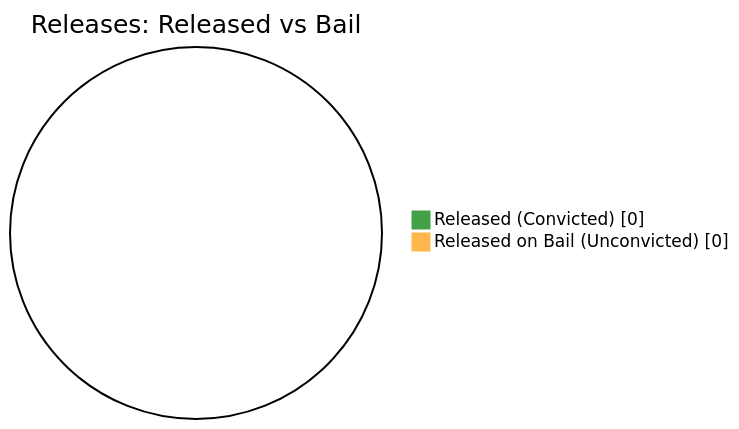
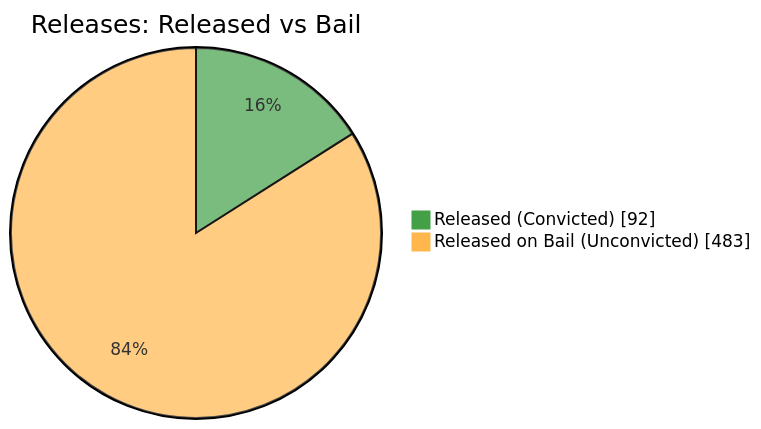
One commit to nuuuwan/lk_prisons changed the fifth of 7 diagrams in README.md. Above: the diagram before and after it, drawn with Mermaid. The commit also changed other lines of this file and 1 other file, not shown here.

````diff
--- a/README.md
+++ b/README.md
@@ -87,6 +87,6 @@
 ```mermaid
 %%{init: {'themeVariables': {'pie1': '#43A047', 'pie2': '#FFB74D'}}}%%
 pie showData title Releases: Released vs Bail
-    "Released (Convicted)" : 0
-    "Released on Bail (Unconvicted)" : 0
+    "Released (Convicted)" : 92
+    "Released on Bail (Unconvicted)" : 483
 ```
````
